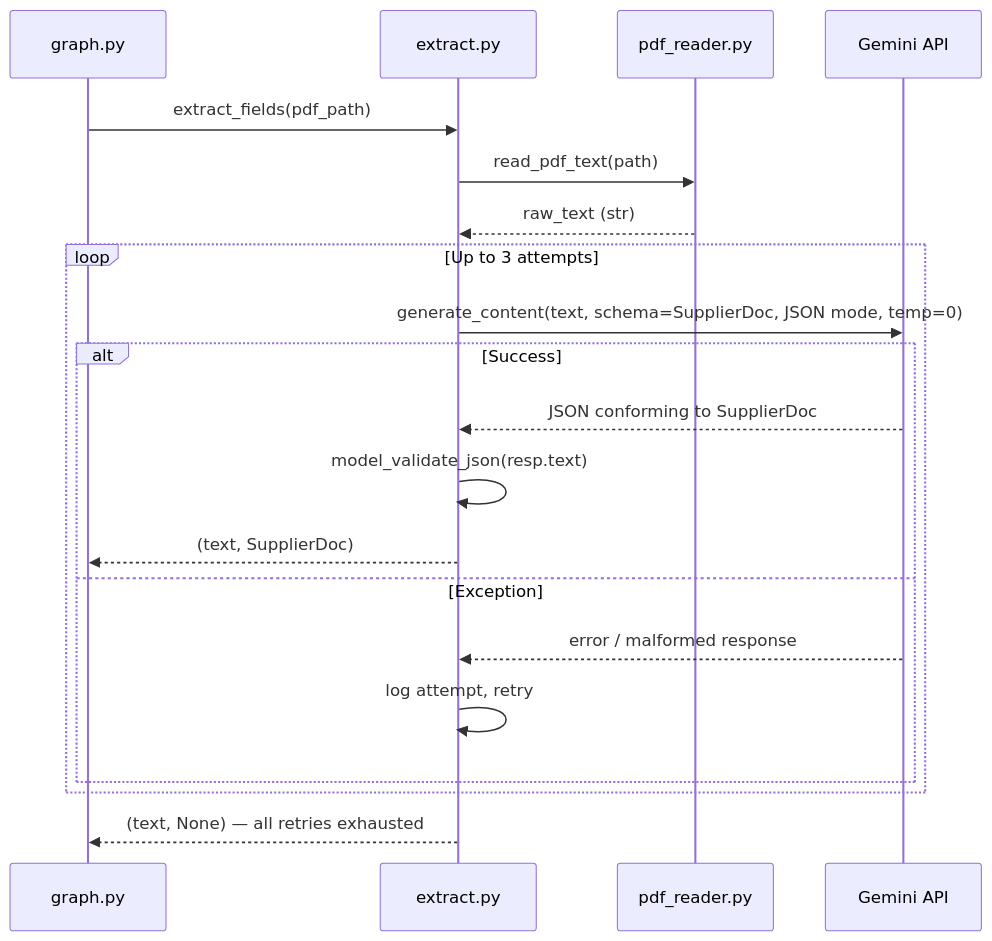
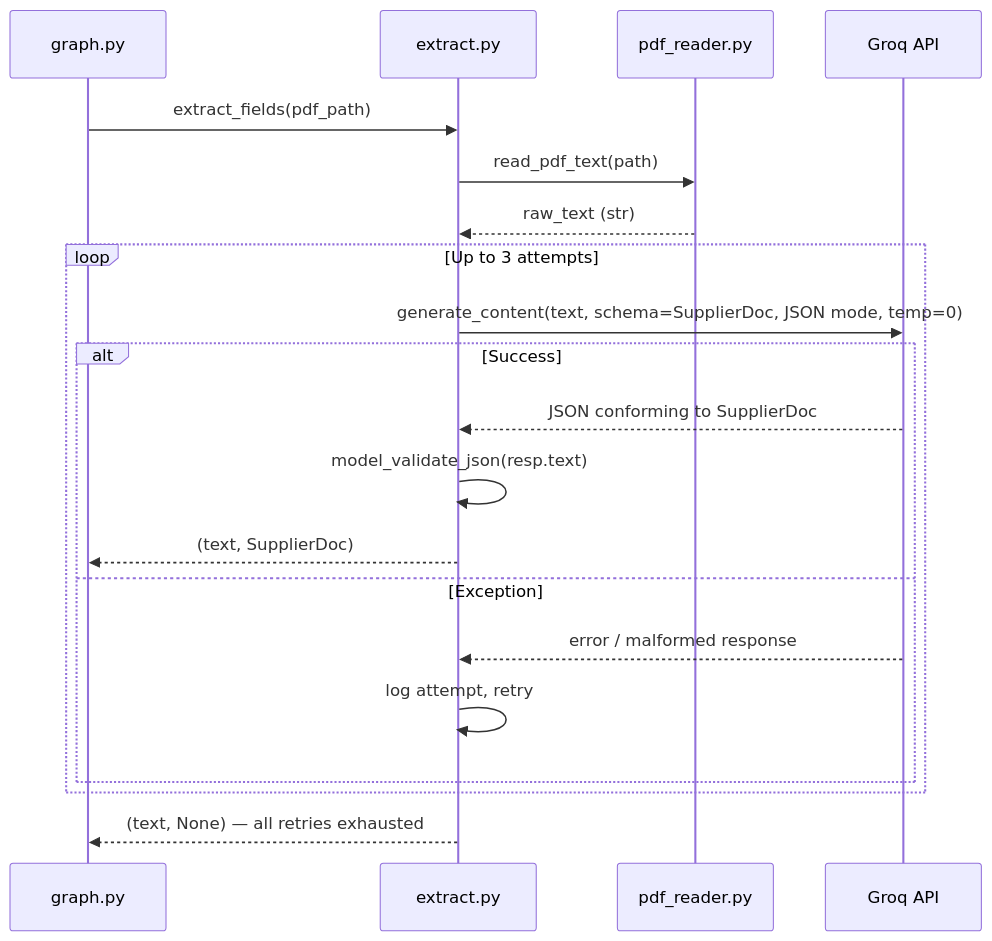
The fourth of 8 diagrams in docs/ARCHITECTURE.md (Faiaz007/Ai-Procurement-Checker), drawn with Mermaid before and after one commit. The commit also changed other lines of this file and 6 other files, not shown here.

````diff
--- a/docs/ARCHITECTURE.md
+++ b/docs/ARCHITECTURE.md
@@ -93,23 +93,23 @@
 ```mermaid
 sequenceDiagram
     participant G as graph.py
     participant E as extract.py
     participant P as pdf_reader.py
-    participant M as Gemini API
+    participant M as Groq API
 
     G->>E: extract_fields(pdf_path)
     E->>P: read_pdf_text(path)
     P-->>E: raw_text (str)
     loop Up to 3 attempts
         E->>M: generate_content(text, schema=SupplierDoc, JSON mode, temp=0)
         alt Success
             M-->>E: JSON conforming to SupplierDoc
             E->>E: model_validate_json(resp.text)
             E-->>G: (text, SupplierDoc)
         else Exception
             M-->>E: error / malformed response
             E->>E: log attempt, retry
         end
     end
     E-->>G: (text, None) — all retries exhausted
 ```
````
